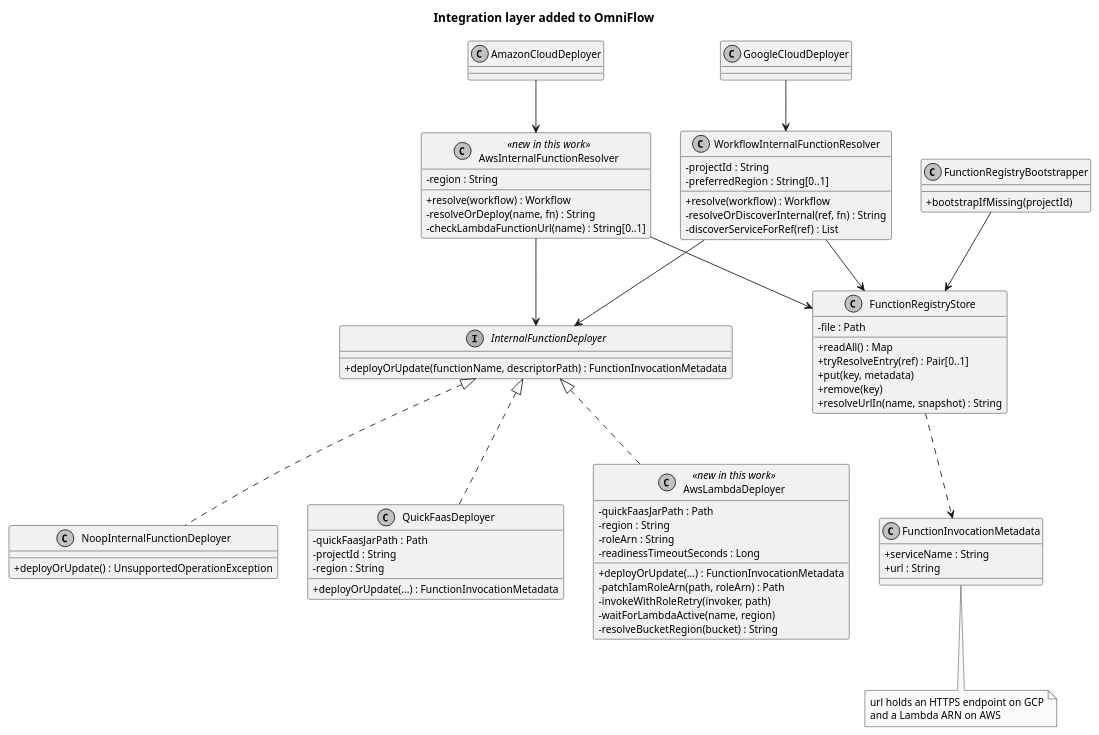
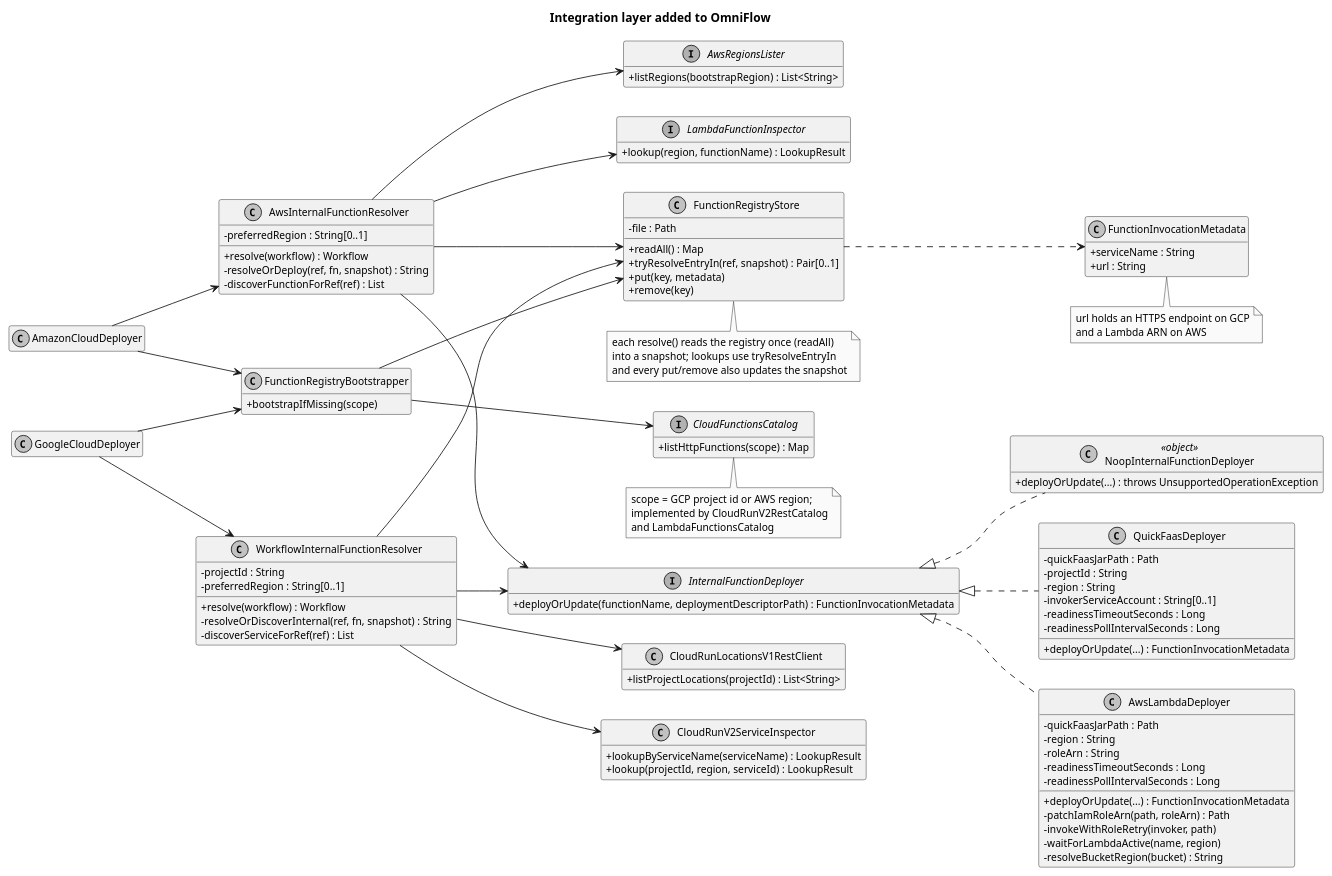
One commit to EngenheiroPedroCarvalho/ISEL-Thesis-2526 changed the diagram in diagrams/omniflow-integration-classes.puml. Above: the diagram before and after it, drawn with PlantUML. The commit also changed 22 other files, not shown here.

First line of the commit message:
Bring the diagrams in line with the code

```diff
--- a/diagrams/omniflow-integration-classes.puml
+++ b/diagrams/omniflow-integration-classes.puml
@@ -1,87 +1,132 @@
 @startuml omniflow-integration-classes
 skinparam monochrome true
 skinparam shadowing false
 skinparam classAttributeIconSize 0
 skinparam defaultFontSize 12
 title Integration layer added to OmniFlow
+left to right direction
+hide empty members
 
 interface InternalFunctionDeployer {
-  +deployOrUpdate(functionName, descriptorPath) : FunctionInvocationMetadata
+  +deployOrUpdate(functionName, deploymentDescriptorPath) : FunctionInvocationMetadata
 }
 
-class NoopInternalFunctionDeployer {
-  +deployOrUpdate() : UnsupportedOperationException
+class NoopInternalFunctionDeployer <<object>> {
+  +deployOrUpdate(...) : throws UnsupportedOperationException
 }
 
 class QuickFaasDeployer {
   -quickFaasJarPath : Path
   -projectId : String
   -region : String
+  -invokerServiceAccount : String[0..1]
+  -readinessTimeoutSeconds : Long
+  -readinessPollIntervalSeconds : Long
   +deployOrUpdate(...) : FunctionInvocationMetadata
 }
 
-class AwsLambdaDeployer <<new in this work>> {
+class AwsLambdaDeployer {
   -quickFaasJarPath : Path
   -region : String
   -roleArn : String
   -readinessTimeoutSeconds : Long
+  -readinessPollIntervalSeconds : Long
   +deployOrUpdate(...) : FunctionInvocationMetadata
   -patchIamRoleArn(path, roleArn) : Path
   -invokeWithRoleRetry(invoker, path)
   -waitForLambdaActive(name, region)
   -resolveBucketRegion(bucket) : String
 }
 
 class WorkflowInternalFunctionResolver {
   -projectId : String
   -preferredRegion : String[0..1]
   +resolve(workflow) : Workflow
-  -resolveOrDiscoverInternal(ref, fn) : String
+  -resolveOrDiscoverInternal(ref, fn, snapshot) : String
   -discoverServiceForRef(ref) : List
 }
 
-class AwsInternalFunctionResolver <<new in this work>> {
-  -region : String
+class AwsInternalFunctionResolver {
+  -preferredRegion : String[0..1]
   +resolve(workflow) : Workflow
-  -resolveOrDeploy(name, fn) : String
-  -checkLambdaFunctionUrl(name) : String[0..1]
+  -resolveOrDeploy(ref, fn, snapshot) : String
+  -discoverFunctionForRef(ref) : List
+}
+
+class CloudRunV2ServiceInspector {
+  +lookupByServiceName(serviceName) : LookupResult
+  +lookup(projectId, region, serviceId) : LookupResult
+}
+
+class CloudRunLocationsV1RestClient {
+  +listProjectLocations(projectId) : List<String>
+}
+
+interface LambdaFunctionInspector {
+  +lookup(region, functionName) : LookupResult
+}
+
+interface AwsRegionsLister {
+  +listRegions(bootstrapRegion) : List<String>
 }
 
 class FunctionRegistryStore {
   -file : Path
   +readAll() : Map
-  +tryResolveEntry(ref) : Pair[0..1]
+  +tryResolveEntryIn(ref, snapshot) : Pair[0..1]
   +put(key, metadata)
   +remove(key)
-  +resolveUrlIn(name, snapshot) : String
 }
 
 class FunctionInvocationMetadata {
   +serviceName : String
   +url : String
 }
 
 class FunctionRegistryBootstrapper {
-  +bootstrapIfMissing(projectId)
+  +bootstrapIfMissing(scope)
+}
+
+interface CloudFunctionsCatalog {
+  +listHttpFunctions(scope) : Map
 }
 
 class GoogleCloudDeployer
 class AmazonCloudDeployer
 
 InternalFunctionDeployer <|.. NoopInternalFunctionDeployer
 InternalFunctionDeployer <|.. QuickFaasDeployer
 InternalFunctionDeployer <|.. AwsLambdaDeployer
 GoogleCloudDeployer --> WorkflowInternalFunctionResolver
 AmazonCloudDeployer --> AwsInternalFunctionResolver
+GoogleCloudDeployer --> FunctionRegistryBootstrapper
+AmazonCloudDeployer --> FunctionRegistryBootstrapper
 WorkflowInternalFunctionResolver --> FunctionRegistryStore
 AwsInternalFunctionResolver --> FunctionRegistryStore
 WorkflowInternalFunctionResolver --> InternalFunctionDeployer
 AwsInternalFunctionResolver --> InternalFunctionDeployer
+WorkflowInternalFunctionResolver --> CloudRunV2ServiceInspector
+WorkflowInternalFunctionResolver --> CloudRunLocationsV1RestClient
+AwsInternalFunctionResolver --> LambdaFunctionInspector
+AwsInternalFunctionResolver --> AwsRegionsLister
 FunctionRegistryStore ..> FunctionInvocationMetadata
 FunctionRegistryBootstrapper --> FunctionRegistryStore
+FunctionRegistryBootstrapper --> CloudFunctionsCatalog
 
 note bottom of FunctionInvocationMetadata
   url holds an HTTPS endpoint on GCP
   and a Lambda ARN on AWS
 end note
+
+note bottom of FunctionRegistryStore
+  each resolve() reads the registry once (readAll)
+  into a snapshot; lookups use tryResolveEntryIn
+  and every put/remove also updates the snapshot
+end note
+
+note bottom of CloudFunctionsCatalog
+  scope = GCP project id or AWS region;
+  implemented by CloudRunV2RestCatalog
+  and LambdaFunctionsCatalog
+end note
 @enduml
```
